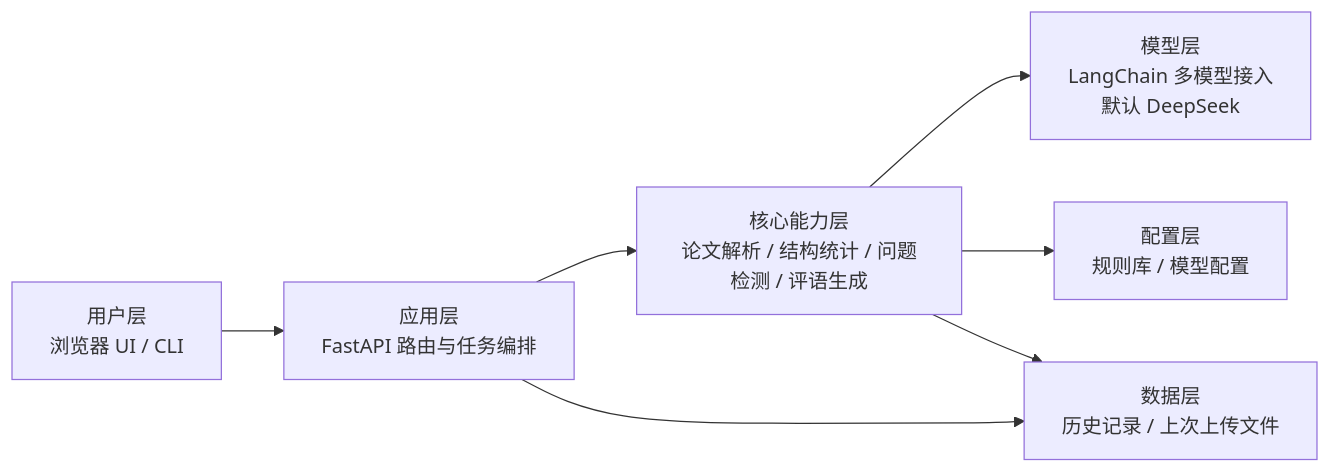
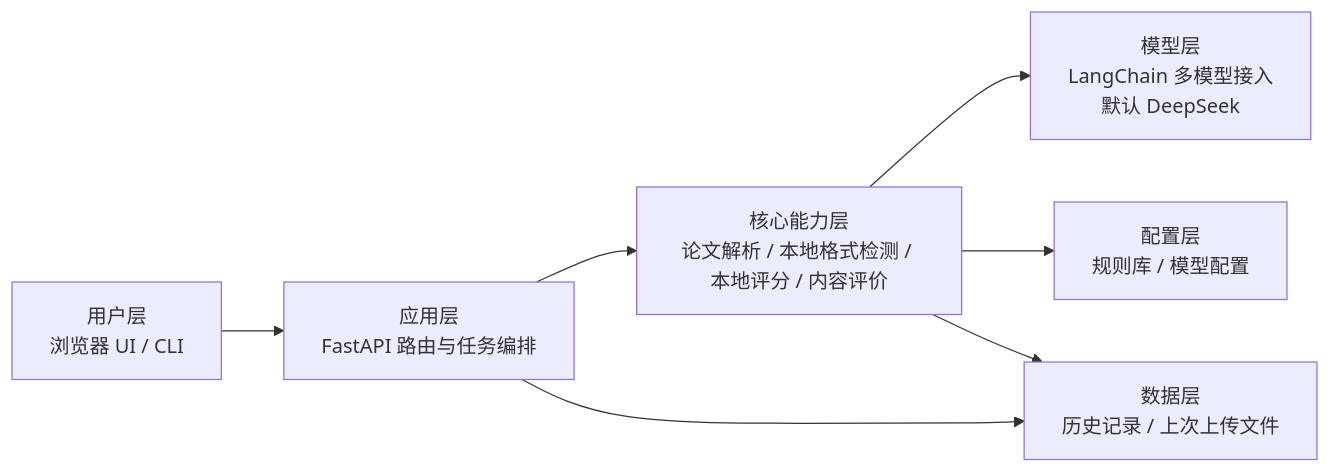
The first of 2 diagrams in README.md (HHSTU-IST/thesisev), drawn with Mermaid before and after one commit. The commit also changed other lines of this file and 8 other files, not shown here.

````diff
--- a/README.md
+++ b/README.md
@@ -184,16 +240,16 @@
 ```mermaid
 flowchart LR
     U["用户层<br/>浏览器 UI / CLI"]
     A["应用层<br/>FastAPI 路由与任务编排"]
-    C["核心能力层<br/>论文解析 / 结构统计 / 问题检测 / 评语生成"]
+    C["核心能力层<br/>论文解析 / 本地格式检测 / 本地评分 / 内容评价"]
     M["模型层<br/>LangChain 多模型接入<br/>默认 DeepSeek"]
     CFG["配置层<br/>规则库 / 模型配置"]
     D["数据层<br/>历史记录 / 上次上传文件"]
 
     U --> A
     A --> C
     C --> M
     C --> CFG
     C --> D
     A --> D
 ```
````
